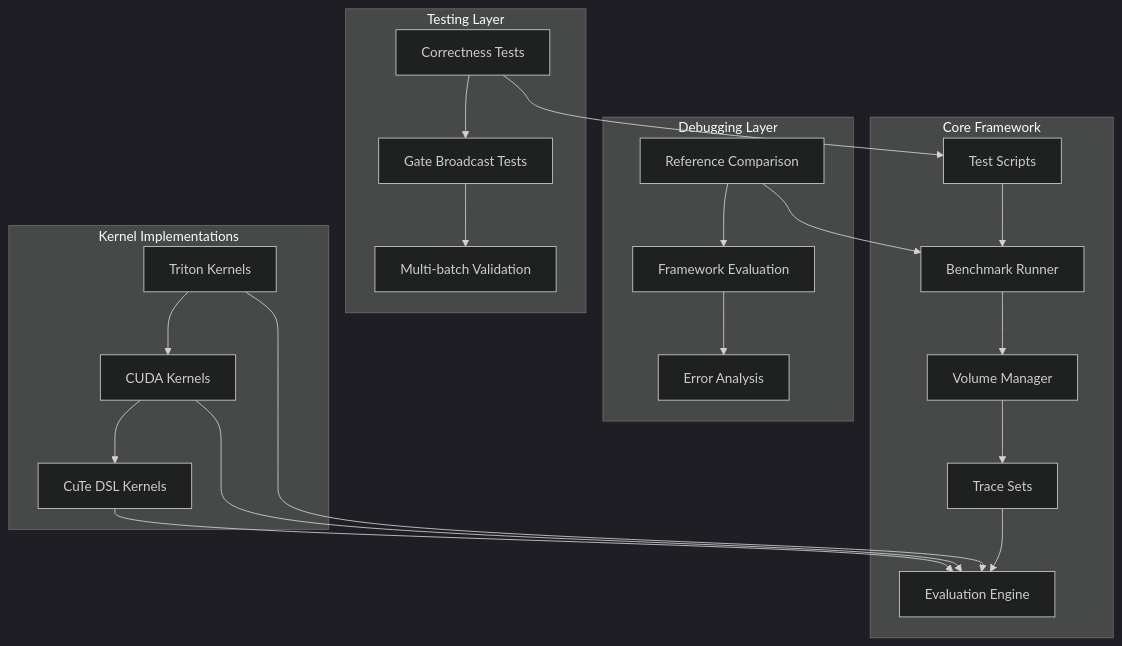
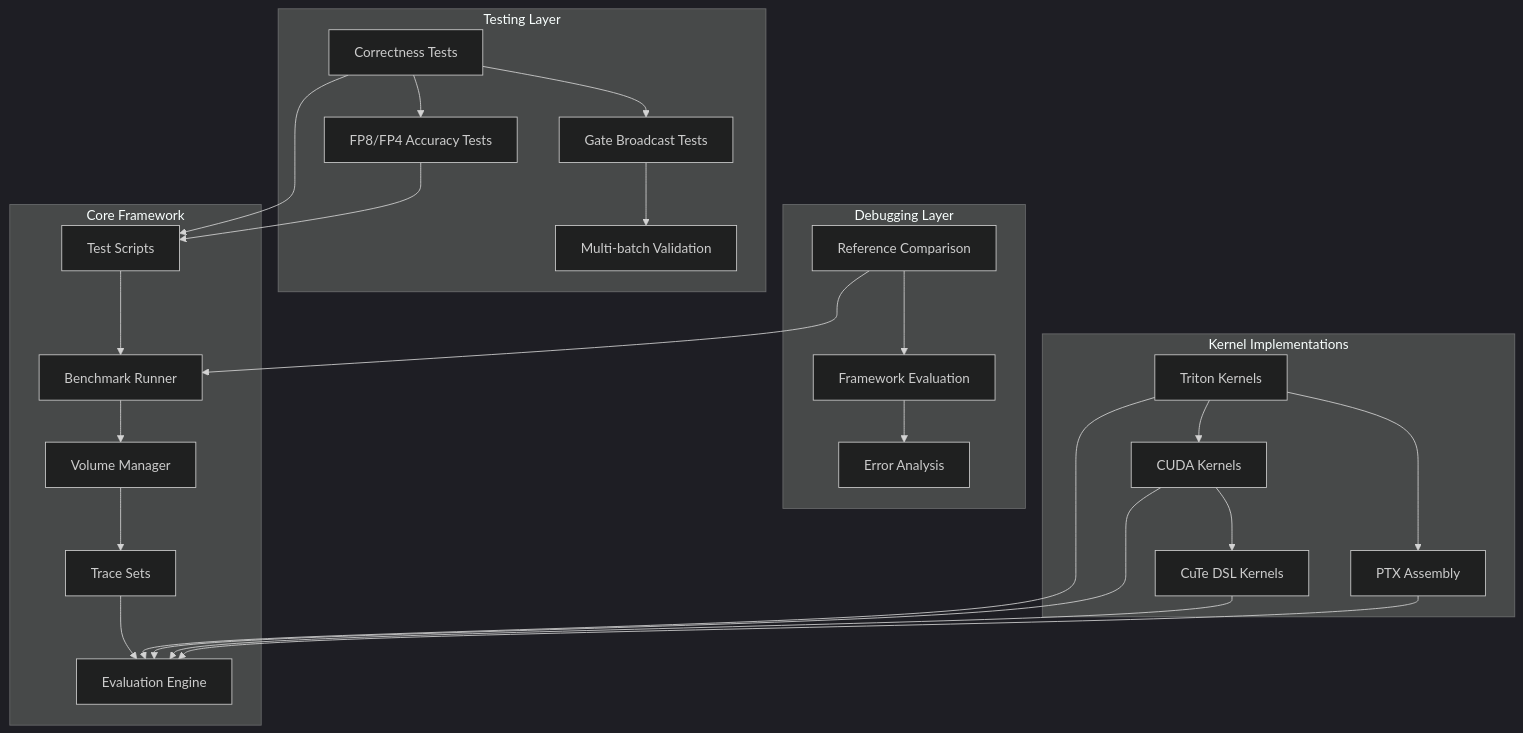
The first of 9 diagrams in .qoder/repowiki/en/content/Testing Debugging Framework.md (gugudeshubao/flashinfer-bench-tma-thrust), drawn with Mermaid (dark theme) before and after one commit. The commit also changed other lines of this file and 7 other files, not shown here.

First line of the commit message:
test: Add FP4 accuracy test and document FP8 vs FP4 comparison

````diff
--- a/.qoder/repowiki/en/content/Testing Debugging Framework.md
+++ b/.qoder/repowiki/en/content/Testing Debugging Framework.md
@@ -52,26 +61,30 @@
 ```mermaid
 graph TB
 subgraph "Core Framework"
 A[Test Scripts] --> B[Benchmark Runner]
 B --> C[Volume Manager]
 C --> D[Trace Sets]
 D --> E[Evaluation Engine]
 end
 subgraph "Testing Layer"
 F[Correctness Tests] --> G[Gate Broadcast Tests]
 G --> H[Multi-batch Validation]
+F --> I[FP8/FP4 Accuracy Tests]
 end
 subgraph "Debugging Layer"
-I[Reference Comparison] --> J[Framework Evaluation]
-J --> K[Error Analysis]
+J[Reference Comparison] --> K[Framework Evaluation]
+K --> L[Error Analysis]
 end
 subgraph "Kernel Implementations"
-L[Triton Kernels] --> M[CUDA Kernels]
-M --> N[CuTe DSL Kernels]
+M[Triton Kernels] --> N[CUDA Kernels]
+N --> O[CuTe DSL Kernels]
+M --> P[PTX Assembly]
 end
 F --> A
-I --> B
-L --> E
+J --> B
 M --> E
 N --> E
+O --> E
+P --> E
+I --> A
 ```
````
